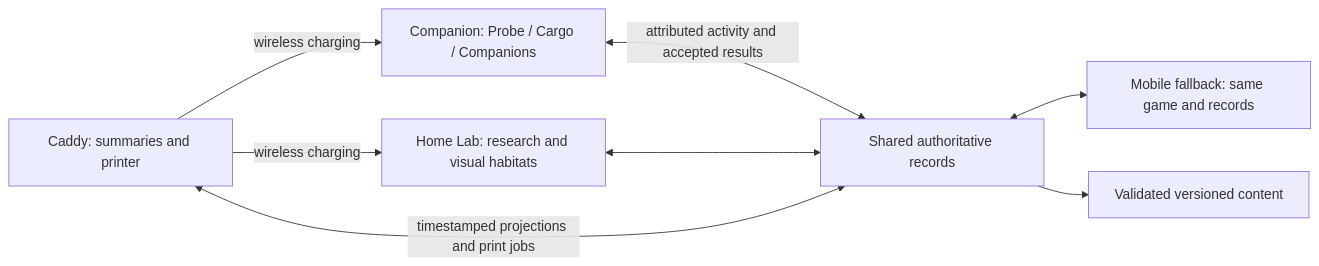
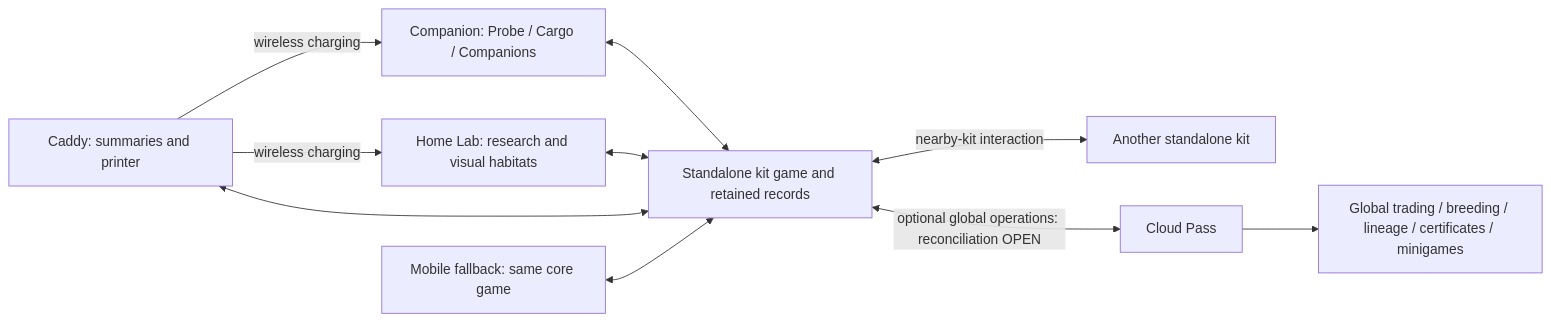
The first of 2 diagrams in specs/architecture.md (PacoCotera/critter-lab), drawn with Mermaid before and after one commit. The commit also changed other lines of this file, not shown here.

Commit message:
docs: reconcile current hardware and standalone product direction

````diff
--- a/specs/architecture.md
+++ b/specs/architecture.md
@@ -5,10 +5,12 @@
 ```mermaid
 flowchart LR
-  Companion[Companion: Probe / Cargo / Companions] <-->|attributed activity and accepted results| Cloud[Shared authoritative records]
-  Lab[Home Lab: research and visual habitats] <--> Cloud
-  Caddy[Caddy: summaries and printer] <-->|timestamped projections and print jobs| Cloud
+  Companion[Companion: Probe / Cargo / Companions] <--> Core[Standalone kit game and retained records]
+  Lab[Home Lab: research and visual habitats] <--> Core
+  Caddy[Caddy: summaries and printer] <--> Core
+  Core <-->|nearby-kit interaction| Nearby[Another standalone kit]
   Caddy -->|wireless charging| Lab
   Caddy -->|wireless charging| Companion
-  Cloud <--> App[Mobile fallback: same game and records]
-  Cloud --> Content[Validated versioned content]
+  Core <-->|optional global operations: reconciliation OPEN| Cloud[Cloud Pass]
+  App[Mobile fallback: same core game] <--> Core
+  Cloud --> Global[Global trading / breeding / lineage / certificates / minigames]
 ```
````
